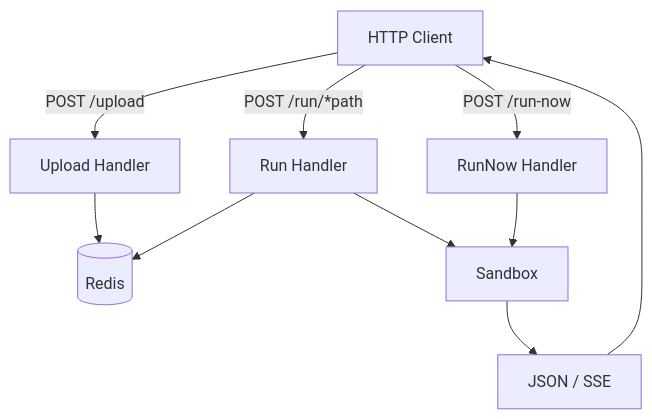
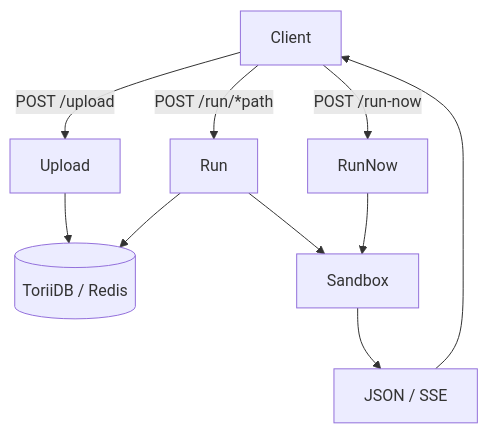
Before and after one commit to pardnchiu/HakoRun: the diagram in README.md, drawn with Mermaid. The commit also changed other lines of this file and 17 other files, not shown here.

````diff
--- a/README.md
+++ b/README.md
@@ -40,12 +42,12 @@
 ```mermaid
 graph TB
-    Client[HTTP Client] -->|POST /upload| Upload[Upload Handler]
-    Client -->|POST /run/*path| Run[Run Handler]
-    Client -->|POST /run-now| RunNow[RunNow Handler]
-    Upload --> Redis[(Redis)]
-    Run --> Redis
+    Client[Client] -->|POST /upload| Upload[Upload]
+    Client -->|POST /run/*path| Run[Run]
+    Client -->|POST /run-now| RunNow[RunNow]
+    Upload --> Store[(ToriiDB / Redis)]
+    Run --> Store
     Run --> Sandbox[Sandbox]
     RunNow --> Sandbox
-    Sandbox --> Response[JSON / SSE]
-    Response --> Client
+    Sandbox --> Out[JSON / SSE]
+    Out --> Client
 ```
````
